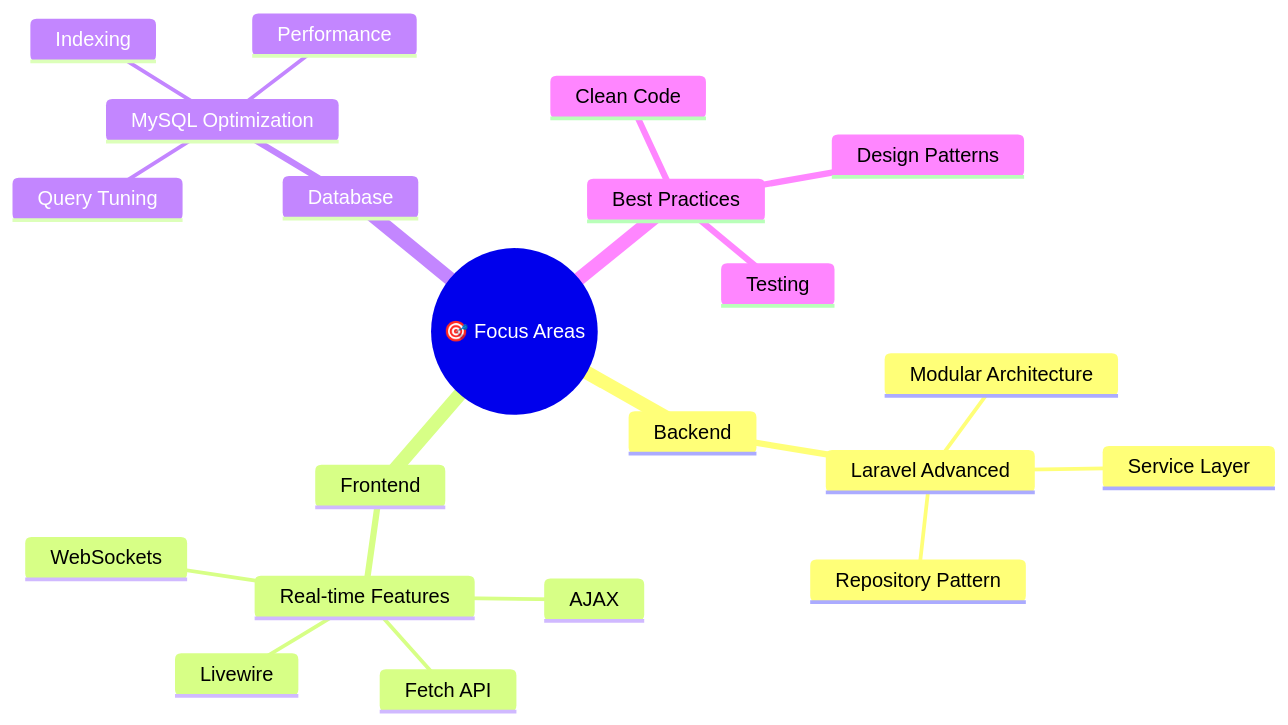
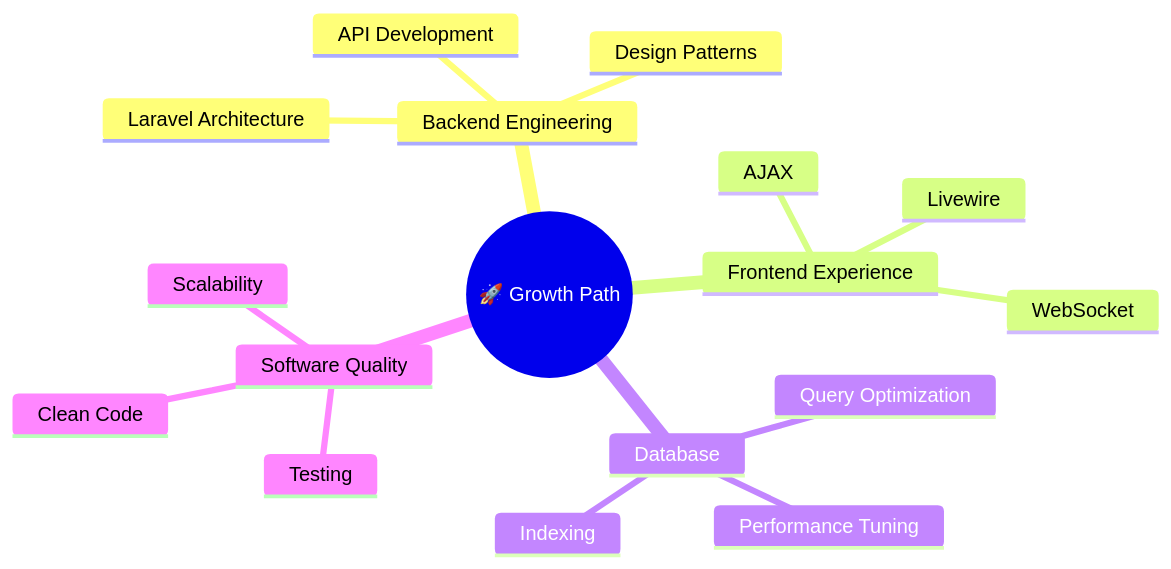
One commit to salmanaf855-ship-it/salmanaf855-ship-it changed the diagram in README.md. Above: the diagram before and after it, drawn with Mermaid. The commit also changed other lines of this file, not shown here.

````diff
--- a/README.md
+++ b/README.md
@@ -68,24 +91,20 @@
 ```mermaid
 mindmap
-  root((🎯 Focus Areas))
-    Backend
-      Laravel Advanced
-        Service Layer
-        Repository Pattern
-        Modular Architecture
-    Frontend
-      Real-time Features
-        AJAX
-        Fetch API
-        WebSockets
-        Livewire
+  root((🚀 Growth Path))
+    Backend Engineering
+      Laravel Architecture
+      API Development
+      Design Patterns
+    Frontend Experience
+      Livewire
+      AJAX
+      WebSocket
     Database
-      MySQL Optimization
-        Query Tuning
-        Indexing
-        Performance
-    Best Practices
+      Query Optimization
+      Indexing
+      Performance Tuning
+    Software Quality
       Clean Code
-      Design Patterns
       Testing
+      Scalability
 ```
````
